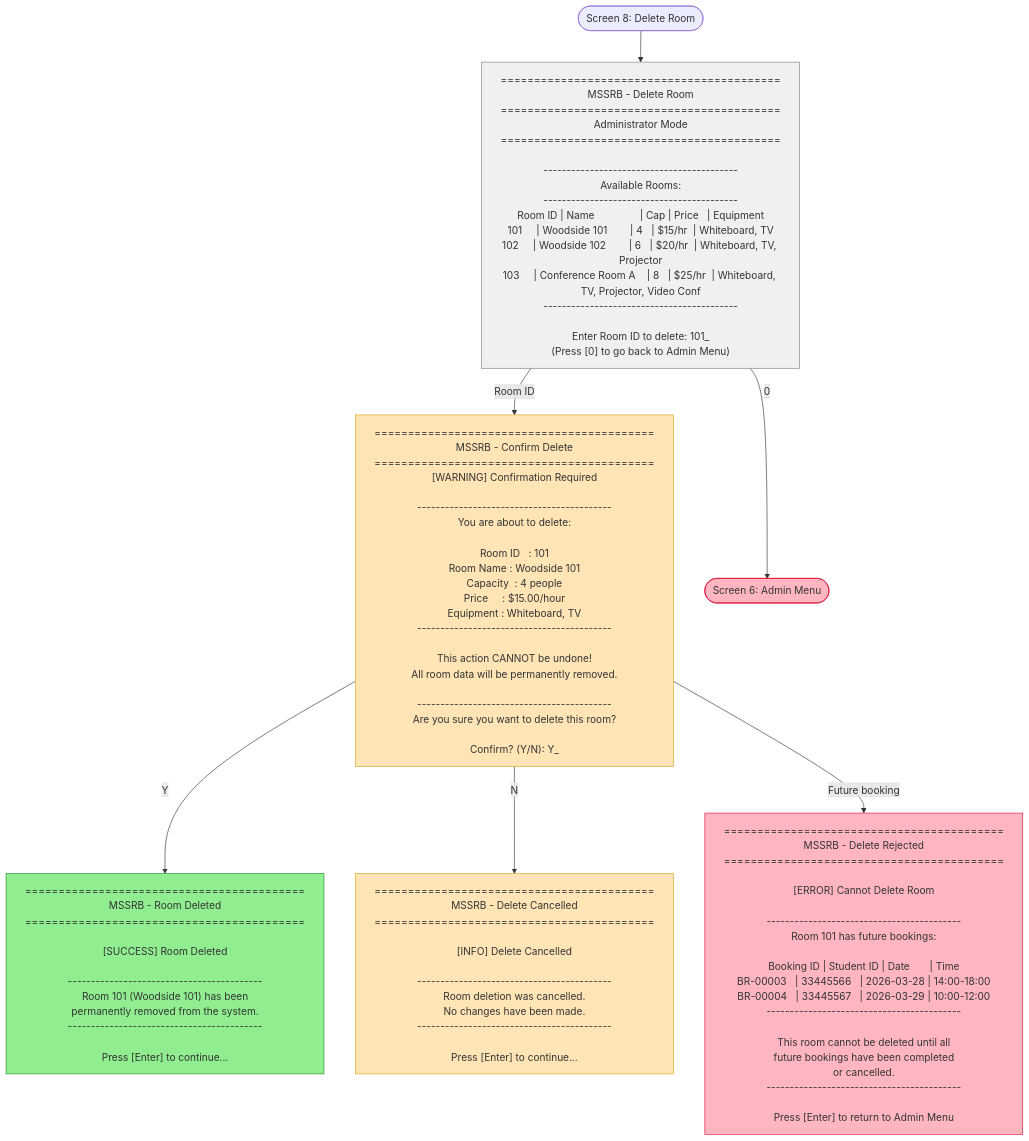
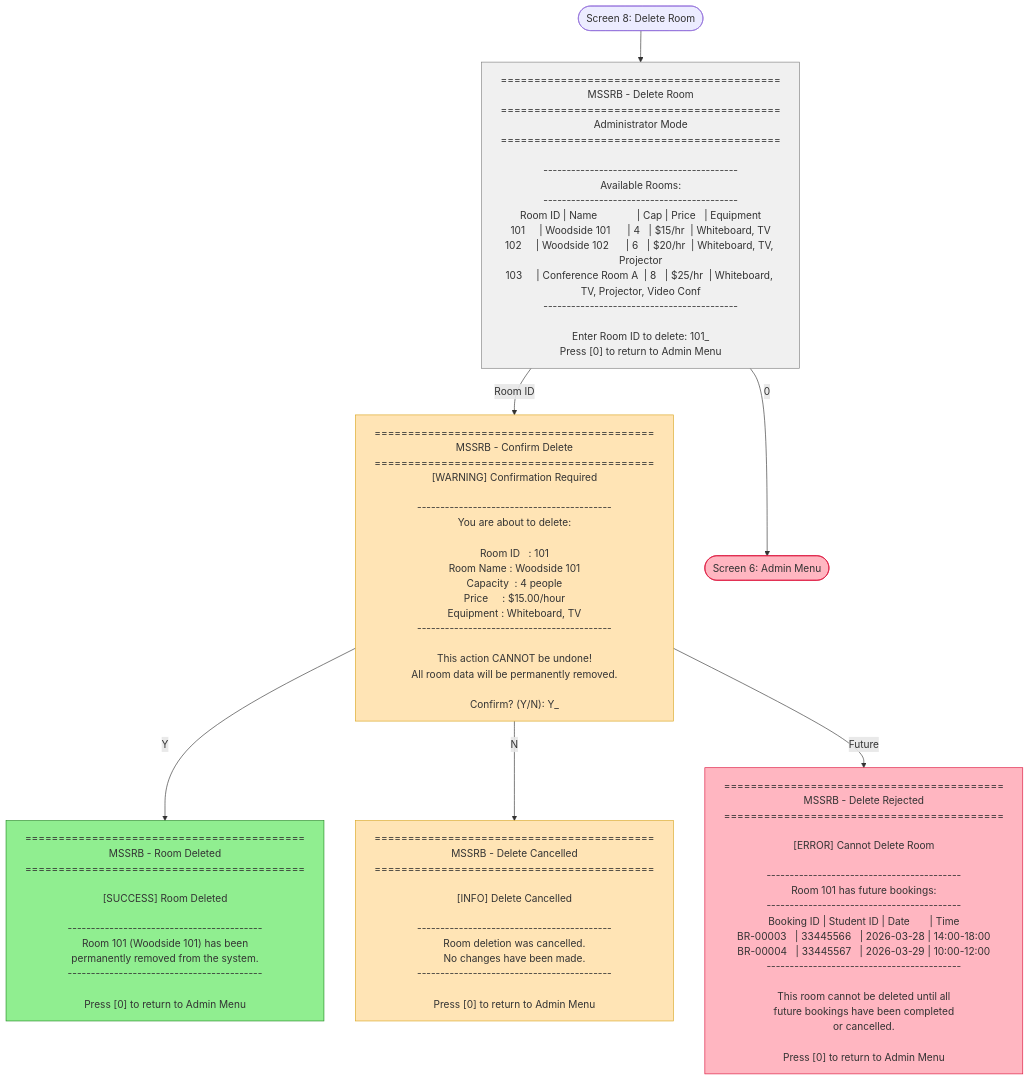
One commit to alii0110-monash/fit5136-study-room-booking changed the diagram in mermaid/member_b/08_delete_room.flowchart.mmd. Above: the diagram before and after it, drawn with Mermaid. The commit also changed 9 other files, not shown here.

First line of the commit message:
Standardize Mermaid flowchart format and navigation

```diff
--- a/mermaid/member_b/08_delete_room.flowchart.mmd
+++ b/mermaid/member_b/08_delete_room.flowchart.mmd
@@ -1,116 +1,112 @@
 flowchart TB
     DELETE_ROOM(["Screen 8: Delete Room"])
 
     DR1["
 ==========================================
 MSSRB - Delete Room
 ==========================================
 Administrator Mode
 ==========================================
 
 ------------------------------------------
 Available Rooms:
 ------------------------------------------
-Room ID | Name                | Cap | Price   | Equipment
-101     | Woodside 101        | 4   | $15/hr  | Whiteboard, TV
-102     | Woodside 102        | 6   | $20/hr  | Whiteboard, TV, Projector
-103     | Conference Room A    | 8   | $25/hr  | Whiteboard, TV, Projector, Video Conf
+Room ID | Name              | Cap | Price   | Equipment
+101     | Woodside 101      | 4   | $15/hr  | Whiteboard, TV
+102     | Woodside 102      | 6   | $20/hr  | Whiteboard, TV, Projector
+103     | Conference Room A  | 8   | $25/hr  | Whiteboard, TV, Projector, Video Conf
 ------------------------------------------
 
 Enter Room ID to delete: 101_
-(Press [0] to go back to Admin Menu)
+Press [0] to return to Admin Menu
     "]
 
     DR2["
 ==========================================
 MSSRB - Confirm Delete
 ==========================================
 [WARNING] Confirmation Required
 
 ------------------------------------------
 You are about to delete:
 
 Room ID   : 101
 Room Name : Woodside 101
 Capacity  : 4 people
 Price     : $15.00/hour
 Equipment : Whiteboard, TV
 ------------------------------------------
 
 This action CANNOT be undone!
 All room data will be permanently removed.
 
-------------------------------------------
-Are you sure you want to delete this room?
-
 Confirm? (Y/N): Y_
     "]
 
     DR3["
 ==========================================
 MSSRB - Room Deleted
 ==========================================
 
 [SUCCESS] Room Deleted
 
 ------------------------------------------
 Room 101 (Woodside 101) has been
 permanently removed from the system.
 ------------------------------------------
 
-Press [Enter] to continue...
+Press [0] to return to Admin Menu
     "]
 
     DR4["
 ==========================================
 MSSRB - Delete Cancelled
 ==========================================
 
 [INFO] Delete Cancelled
 
 ------------------------------------------
 Room deletion was cancelled.
 No changes have been made.
 ------------------------------------------
 
-Press [Enter] to continue...
+Press [0] to return to Admin Menu
     "]
 
     DR5["
 ==========================================
 MSSRB - Delete Rejected
 ==========================================
 
 [ERROR] Cannot Delete Room
 
 ------------------------------------------
 Room 101 has future bookings:
-
+------------------------------------------
 Booking ID | Student ID | Date       | Time
 BR-00003   | 33445566   | 2026-03-28 | 14:00-18:00
 BR-00004   | 33445567   | 2026-03-29 | 10:00-12:00
 ------------------------------------------
 
 This room cannot be deleted until all
 future bookings have been completed
 or cancelled.
-------------------------------------------
 
-Press [Enter] to return to Admin Menu
+Press [0] to return to Admin Menu
     "]
 
     ADMIN(["Screen 6: Admin Menu"])
 
     DELETE_ROOM --> DR1
     DR1 -->|"Room ID"| DR2
     DR1 -->|"0"| ADMIN
     DR2 -->|"Y"| DR3
     DR2 -->|"N"| DR4
-    DR2 -->|"Future booking"| DR5
+    DR2 -->|"Future"| DR5
 
     style DR1 fill:#F0F0F0,stroke:#808080
     style DR2 fill:#FFE4B5,stroke:#DAA520
     style DR3 fill:#90EE90,stroke:#228B22
     style DR4 fill:#FFE4B5,stroke:#DAA520
     style DR5 fill:#FFB6C1,stroke:#DC143C
     style ADMIN fill:#FFB6C1,stroke:#DC143C
```
